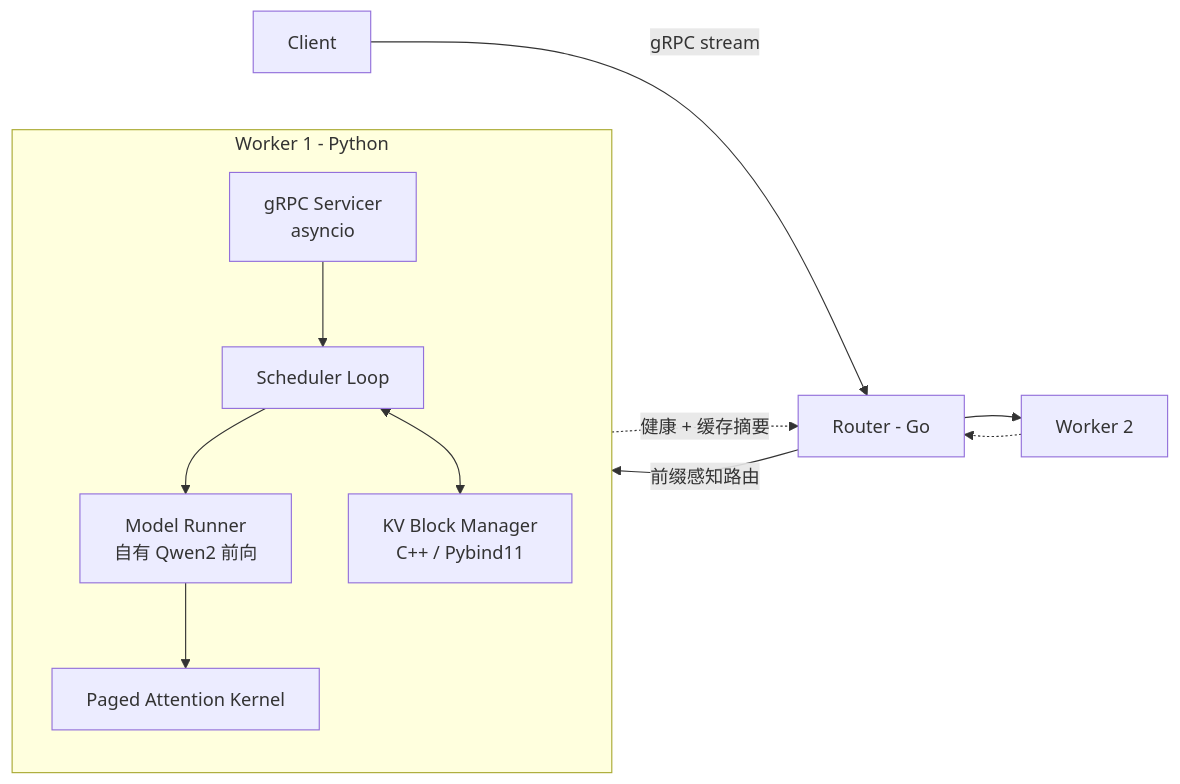
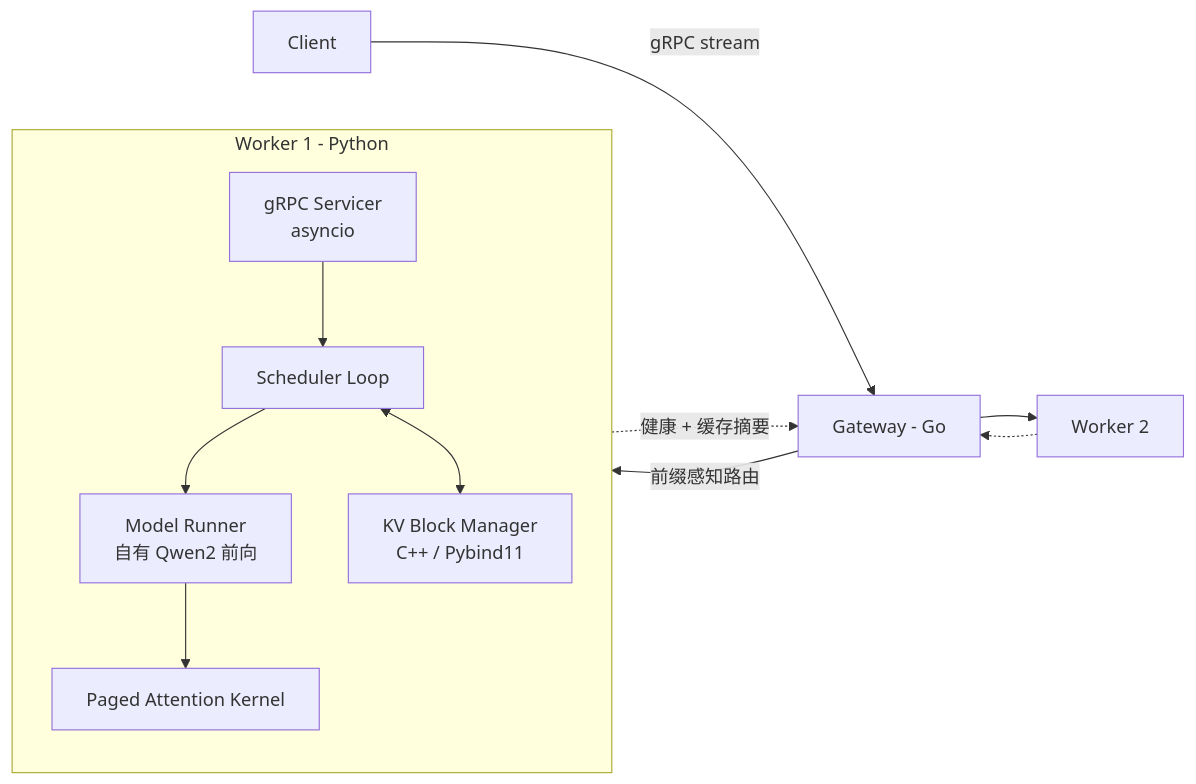
The diagram in proposal.md (stanzixinwan/distie), drawn with Mermaid before and after one commit. The commit also changed other lines of this file and 23 other files, not shown here.

````diff
--- a/proposal.md
+++ b/proposal.md
@@ -32,14 +32,14 @@
 ```mermaid
 flowchart LR
-    C[Client] -->|gRPC stream| R[Router - Go]
+    C[Client] -->|gRPC stream| R[Gateway - Go]
     R -->|前缀感知路由| W1
     R --> W2[Worker 2]
     W1 -.->|健康 + 缓存摘要| R
     W2 -.-> R
     subgraph W1[Worker 1 - Python]
         S[gRPC Servicer<br/>asyncio] --> Q[Scheduler Loop]
         Q --> M[Model Runner<br/>自有 Qwen2 前向]
         M --> K[Paged Attention Kernel]
         Q <--> B[KV Block Manager<br/>C++ / Pybind11]
     end
 ```
````
